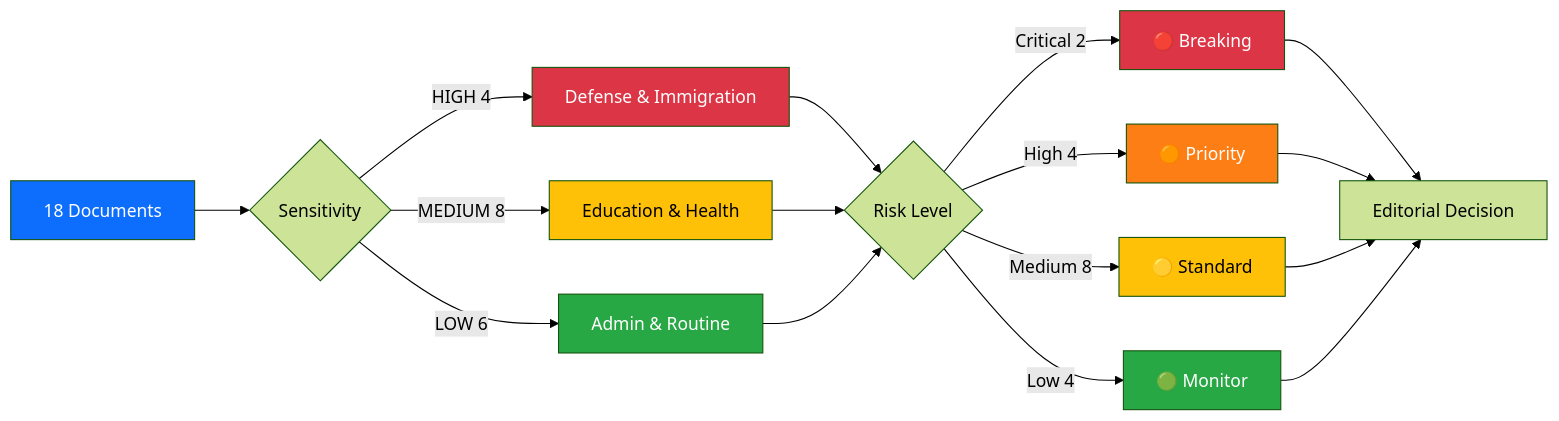
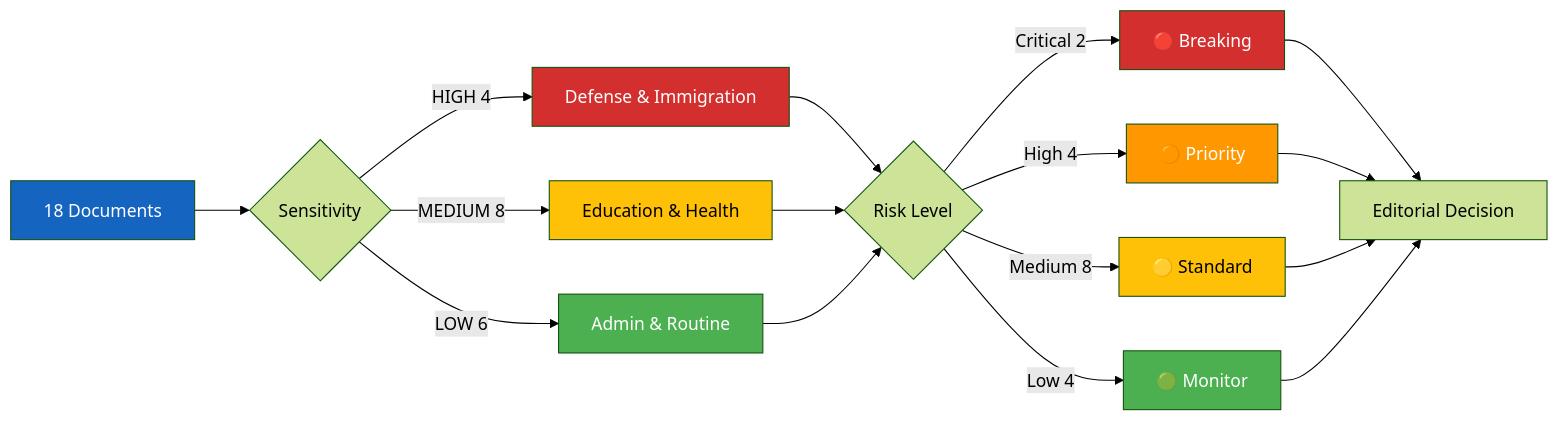
Before and after one commit to Hack23/riksdagsmonitor: the first of 2 diagrams in analysis/daily/2026-04-03/evening-analysis/synthesis-summary.md, drawn with Mermaid (forest theme). The commit also changed other lines of this file and 785 other files, not shown here.

First line of the commit message:
Normalize mermaid colors across 786 analysis artifacts to ISMS Style Guide palette

````diff
--- a/analysis/daily/2026-04-03/evening-analysis/synthesis-summary.md
+++ b/analysis/daily/2026-04-03/evening-analysis/synthesis-summary.md
@@ -13,26 +13,26 @@
 ```mermaid
 graph LR
     A[18 Documents] --> B{Sensitivity}
     B -->|HIGH 4| C[Defense & Immigration]
     B -->|MEDIUM 8| D[Education & Health]
     B -->|LOW 6| E[Admin & Routine]
     C --> F{Risk Level}
     D --> F
     E --> F
     F -->|Critical 2| G[🔴 Breaking]
     F -->|High 4| H[🟠 Priority]
     F -->|Medium 8| I[🟡 Standard]
     F -->|Low 4| J[🟢 Monitor]
     G --> K[Editorial Decision]
     H --> K
     I --> K
     J --> K
-    style A fill:#0d6efd,color:#fff
-    style C fill:#dc3545,color:#fff
-    style D fill:#ffc107,color:#000
-    style E fill:#28a745,color:#fff
-    style G fill:#dc3545,color:#fff
-    style H fill:#fd7e14,color:#fff
-    style I fill:#ffc107,color:#000
-    style J fill:#28a745,color:#fff
+    style A fill:#1565C0,color:#FFFFFF
+    style C fill:#D32F2F,color:#FFFFFF
+    style D fill:#FFC107,color:#000000
+    style E fill:#4CAF50,color:#FFFFFF
+    style G fill:#D32F2F,color:#FFFFFF
+    style H fill:#FF9800,color:#FFFFFF
+    style I fill:#FFC107,color:#000000
+    style J fill:#4CAF50,color:#FFFFFF
 ```
````
